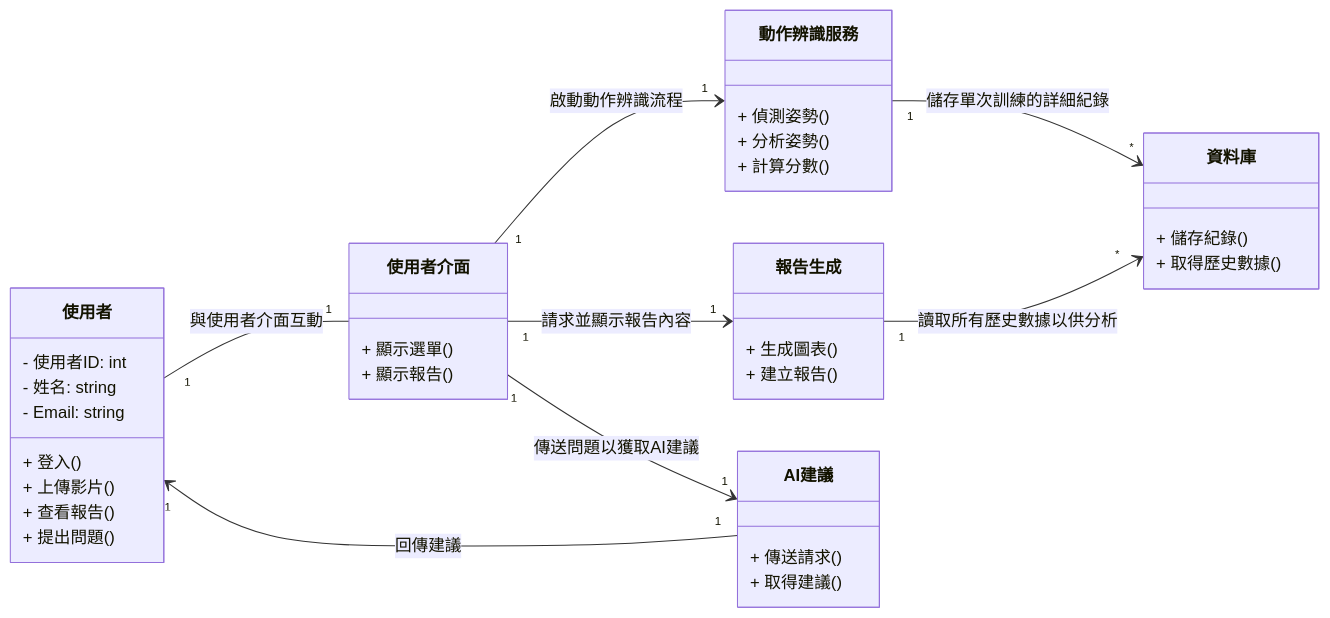
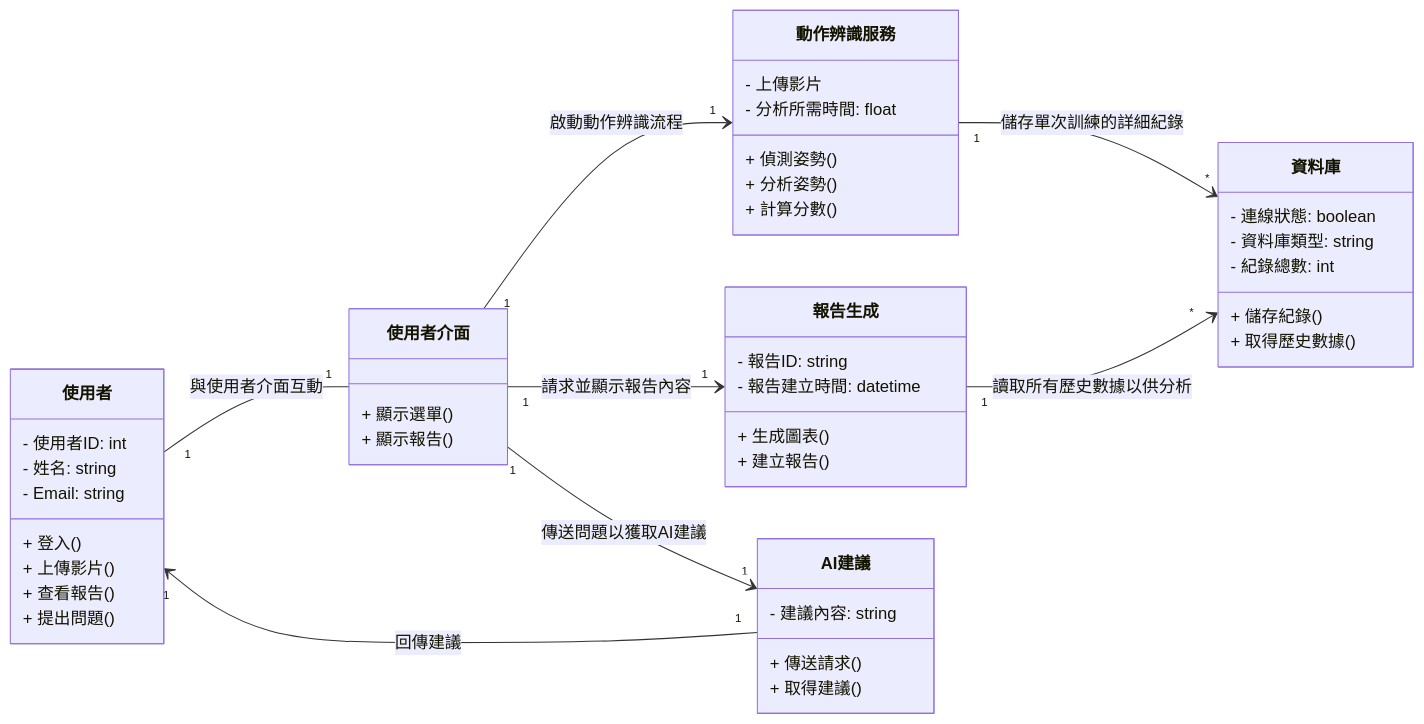
The first of 7 diagrams in hw5.md (kyw012/team-project), drawn with Mermaid before and after one commit.

````diff
--- a/hw5.md
+++ b/hw5.md
@@ -6,50 +6,58 @@
 ```mermaid
 classDiagram
     direction LR
 
     class 使用者 {
         - 使用者ID: int
         - 姓名: string
         - Email: string
         + 登入()
         + 上傳影片()
         + 查看報告()
         + 提出問題()
     }
 
     class 使用者介面 {
         + 顯示選單()
         + 顯示報告()
     }
 
     class 動作辨識服務 {
+        - 上傳影片
+        - 分析所需時間: float
         + 偵測姿勢()
         + 分析姿勢()
         + 計算分數()
     }
 
     class 資料庫 {
+        - 連線狀態: boolean
+        - 資料庫類型: string
+        - 紀錄總數: int
         + 儲存紀錄()
         + 取得歷史數據()
     }
 
     class 報告生成 {
+        - 報告ID: string
+        - 報告建立時間: datetime
         + 生成圖表()
         + 建立報告()
     }
 
     class AI建議 {
+        - 建議內容: string
         + 傳送請求()
         + 取得建議()
         
     }
 
     使用者 "1" -- "1" 使用者介面 : 與使用者介面互動
     使用者介面 "1" --> "1" 動作辨識服務 : 啟動動作辨識流程
     使用者介面 "1" --> "1" 報告生成 : 請求並顯示報告內容
     使用者介面 "1" --> "1" AI建議 : 傳送問題以獲取AI建議
     動作辨識服務 "1" --> "*" 資料庫 : 儲存單次訓練的詳細紀錄
     報告生成 "1" --> "*" 資料庫 : 讀取所有歷史數據以供分析
     AI建議 "1" --> "1" 使用者 : 回傳建議
 
 ```
````
